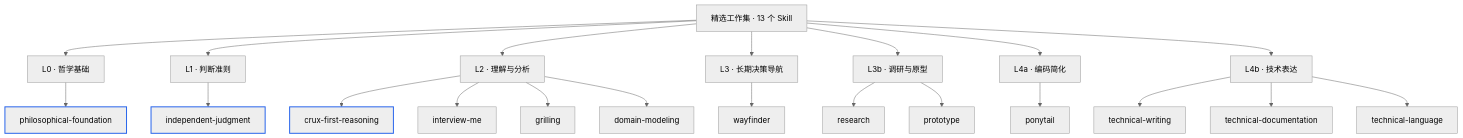
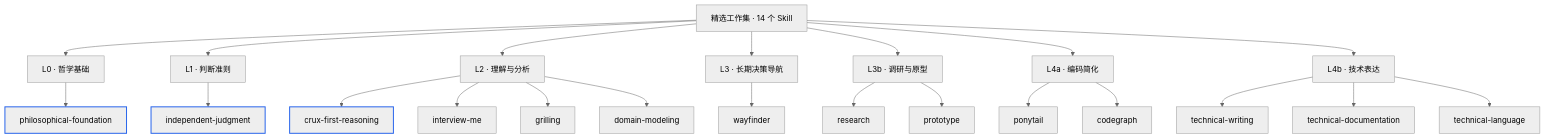
One commit to oydodo/skills changed the diagram in README.md. Above: the diagram before and after it, drawn with Mermaid (neutral theme). The commit also changed other lines of this file and 18 other files, not shown here.

````diff
--- a/README.md
+++ b/README.md
@@ -24,29 +24,30 @@
 ```mermaid
 flowchart TB
-    ROOT["精选工作集 · 13 个 Skill"]
+    ROOT["精选工作集 · 14 个 Skill"]
 
     ROOT --> L0["L0 · 哲学基础"]
     ROOT --> L0J["L1 · 判断准则"]
     ROOT --> L1["L2 · 理解与分析"]
     ROOT --> NAV["L3 · 长期决策导航"]
     ROOT --> INVEST["L3b · 调研与原型"]
     ROOT --> L2C["L4a · 编码简化"]
     ROOT --> L2W["L4b · 技术表达"]
 
     L0 --> PF["philosophical-foundation"]
     L0J --> IJ["independent-judgment"]
     L1 --> CR["crux-first-reasoning"]
     L1 --> IM["interview-me"]
     L1 --> GR["grilling"]
     L1 --> DM["domain-modeling"]
     NAV --> WF["wayfinder"]
     INVEST --> RS["research"]
     INVEST --> PR["prototype"]
     L2C --> PT["ponytail"]
+    L2C --> CG["codegraph"]
     L2W --> TW["technical-writing"]
     L2W --> TD["technical-documentation"]
     L2W --> TL["technical-language"]
 
     classDef core stroke:#2563eb,stroke-width:2px
     class PF,IJ,CR core
 ```
````
